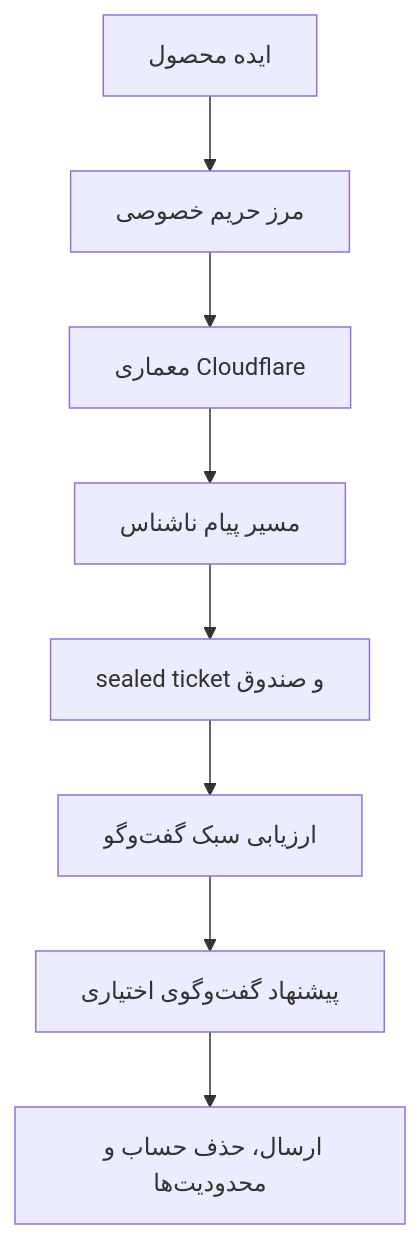
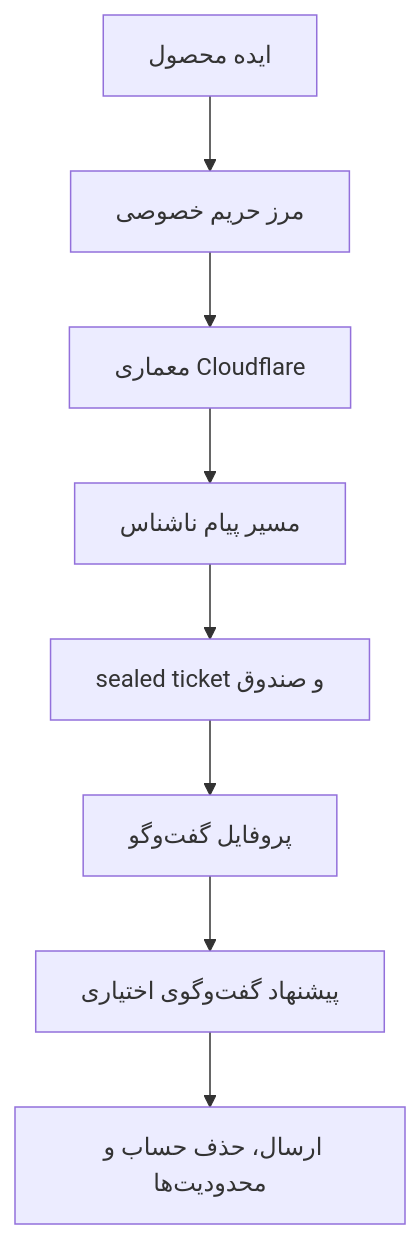
Before and after one commit to mohetios/mohetios.dev: the first of 10 diagrams in content/fa/lab/nekonymous-anonymous-messaging-technical-lab.md, drawn with Mermaid. The commit also changed other lines of this file and 1 other file, not shown here.

First line of the commit message:
docs(fa): align Nekonymous lab and blog with Conversation Suggestions V2

````diff
--- a/content/fa/lab/nekonymous-anonymous-messaging-technical-lab.md
+++ b/content/fa/lab/nekonymous-anonymous-messaging-technical-lab.md
@@ -39,10 +38,10 @@
 ```mermaid
 flowchart TD
   Idea[ایده محصول] --> Boundary[مرز حریم خصوصی]
   Boundary --> Architecture[معماری Cloudflare]
   Architecture --> MessageFlow[مسیر پیام ناشناس]
-  MessageFlow --> Ticketing[sealed ticket و صندوق]
-  Ticketing --> Assessment[ارزیابی سبک گفت‌وگو]
-  Assessment --> Matching[پیشنهاد گفت‌وگوی اختیاری]
-  Matching --> Ops[ارسال، حذف حساب و محدودیت‌ها]
+  MessageFlow -->   Ticketing[sealed ticket و صندوق]
+  Ticketing --> Profile[پروفایل گفت‌وگو]
+  Profile --> Suggestions[پیشنهاد گفت‌وگوی اختیاری]
+  Suggestions --> Ops[ارسال، حذف حساب و محدودیت‌ها]
 ```
````
